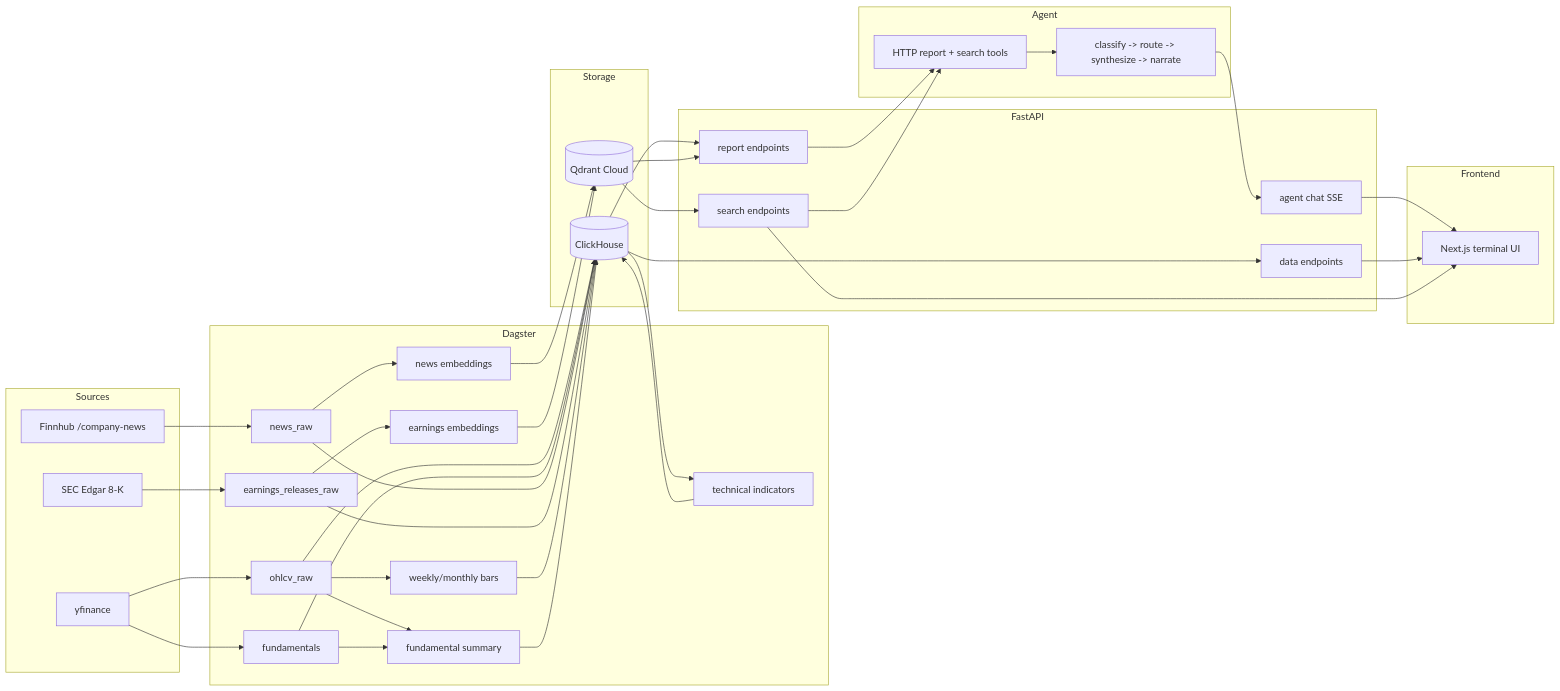
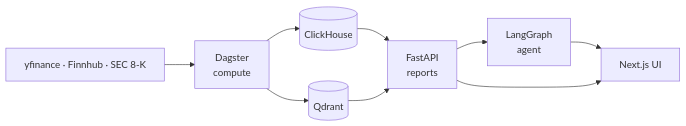
One commit to noahwins-ng/equity-data-agent changed the diagram in README.md. Above: the diagram before and after it, drawn with Mermaid. The commit also changed other lines of this file, not shown here.

````diff
--- a/README.md
+++ b/README.md
@@ -73,62 +28,11 @@
 ```mermaid
 graph LR
-    subgraph Sources
-        YF[yfinance]
-        NEWS[Finnhub /company-news]
-        EDGAR[SEC Edgar 8-K]
-    end
-
-    subgraph Dagster
-        OHLCV[ohlcv_raw]
-        FUND[fundamentals]
-        AGG[weekly/monthly bars]
-        TECH[technical indicators]
-        FSUM[fundamental summary]
-        NRAW[news_raw]
-        EMB[news embeddings]
-        ERAW[earnings_releases_raw]
-        EEMB[earnings embeddings]
-    end
-
-    subgraph Storage
-        CH[(ClickHouse)]
-        QD[(Qdrant Cloud)]
-    end
-
-    subgraph FastAPI
-        REP[report endpoints]
-        DATA[data endpoints]
-        SEARCH[search endpoints]
-        SSE[agent chat SSE]
-    end
-
-    subgraph Agent
-        GRAPH[classify -> route -> synthesize -> narrate]
-        TOOLS[HTTP report + search tools]
-    end
-
-    subgraph Frontend
-        UI[Next.js terminal UI]
-    end
-
-    YF --> OHLCV --> CH
-    YF --> FUND --> CH
-    NEWS --> NRAW --> CH
-    NRAW --> EMB --> QD
-    EDGAR --> ERAW --> CH
-    ERAW --> EEMB --> QD
-    OHLCV --> AGG --> CH
-    CH --> TECH --> CH
-    OHLCV --> FSUM
-    FUND --> FSUM
-    FSUM --> CH
-    CH --> REP
-    CH --> DATA
-    QD --> SEARCH
-    QD --> REP
-    REP --> TOOLS --> GRAPH
-    SEARCH --> TOOLS
-    GRAPH --> SSE --> UI
-    DATA --> UI
-    SEARCH --> UI
+    SRC[yfinance · Finnhub · SEC 8-K] --> DG[Dagster<br/>compute]
+    DG --> CH[(ClickHouse)]
+    DG --> QD[(Qdrant)]
+    CH --> API[FastAPI<br/>reports]
+    QD --> API
+    API --> AG[LangGraph<br/>agent]
+    AG --> UI[Next.js UI]
+    API --> UI
 ```
````
